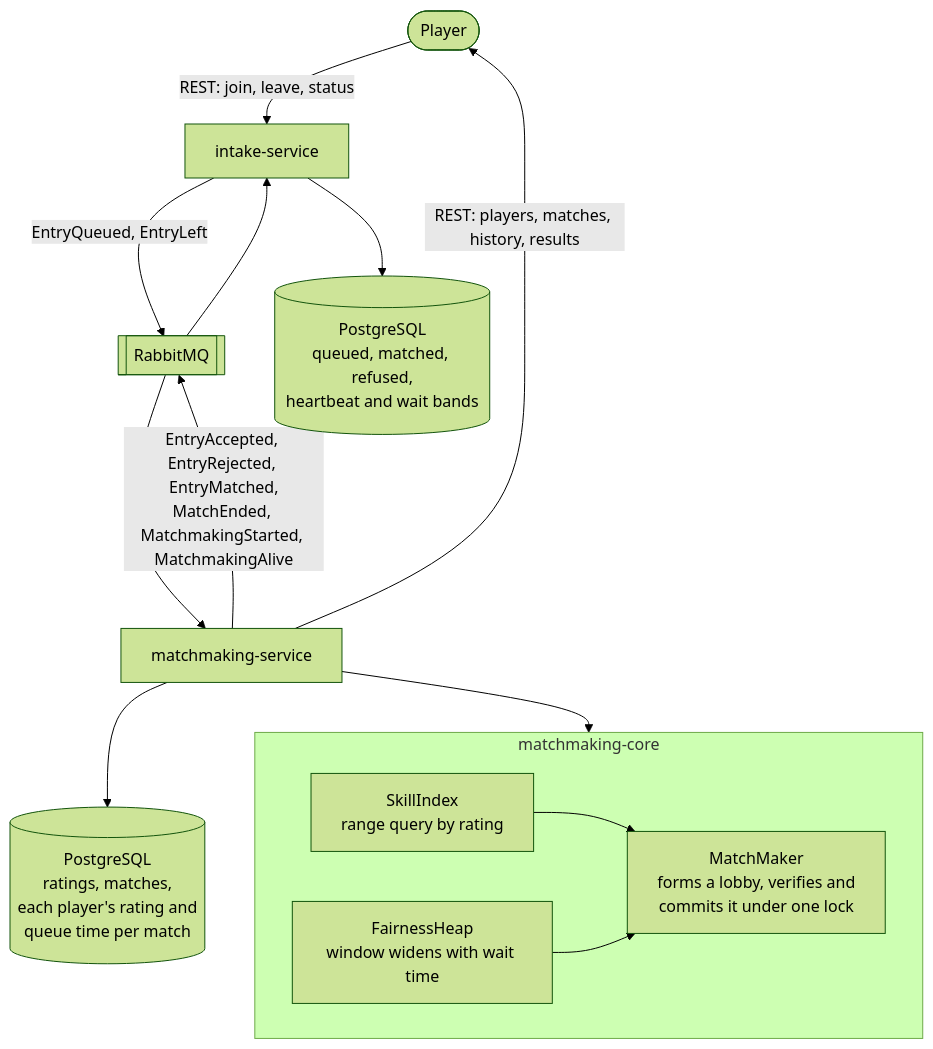
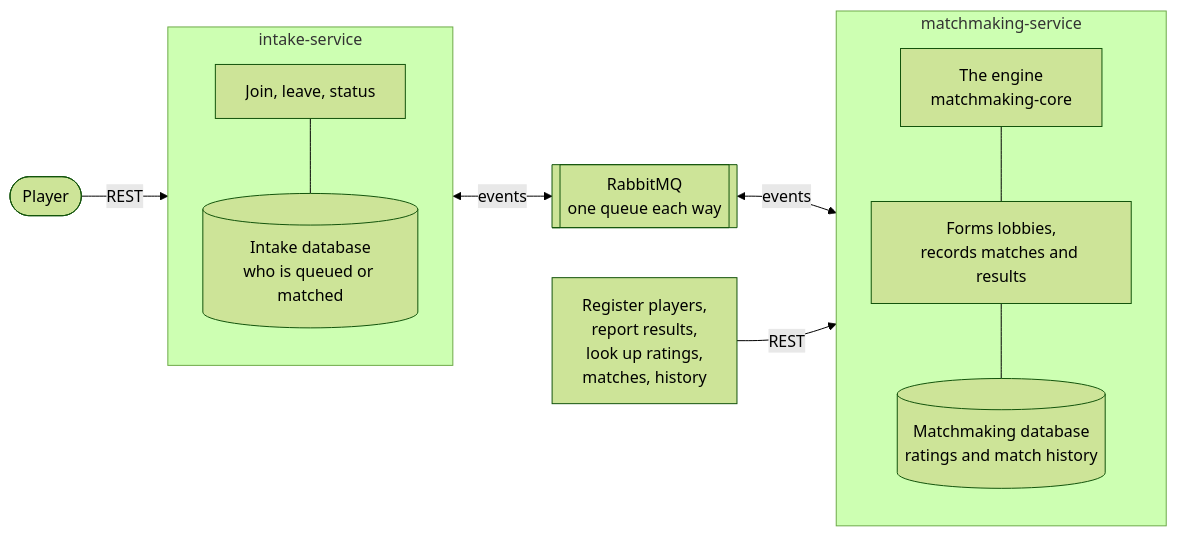
One commit to Amrovv/match3d changed the diagram in README.md. Above: the diagram before and after it, drawn with Mermaid (forest theme). The commit also changed other lines of this file and 2 other files, not shown here.

````diff
--- a/README.md
+++ b/README.md
@@ -88,24 +89,28 @@
 ```mermaid
-flowchart TD
+flowchart LR
     player(["Player"])
 
-    player -->|"REST: join, leave, status"| intake["intake-service"]
-    intake -->|"EntryQueued, EntryLeft"| queue[["RabbitMQ"]]
-    queue --> service["matchmaking-service"]
-    service -->|"EntryAccepted, EntryRejected, EntryMatched,<br/>MatchEnded, MatchmakingStarted, MatchmakingAlive"| queue
-    queue --> intake
-    intake --> intakedb[("PostgreSQL<br/>queued, matched, refused,<br/>heartbeat and wait bands")]
-
-    subgraph core["matchmaking-core"]
-        direction LR
-        index["SkillIndex<br/>range query by rating"]
-        heap["FairnessHeap<br/>window widens with wait time"]
-        matcher["MatchMaker<br/>forms a lobby, verifies and<br/>commits it under one lock"]
-        index --> matcher
-        heap --> matcher
+    subgraph intake["intake-service"]
+        direction TB
+        intakeapi["Join, leave, status"]
+        intakedb[("Intake database<br/>who is queued or matched")]
+        intakeapi --- intakedb
     end
 
-    service --> core
-    service --> db[("PostgreSQL<br/>ratings, matches,<br/>each player's rating and<br/>queue time per match")]
-    service -->|"REST: players, matches, history, results"| player
+    rabbit[["RabbitMQ<br/>one queue each way"]]
+
+    subgraph matchmaking["matchmaking-service"]
+        direction TB
+        engine["The engine<br/>matchmaking#8209;core"]
+        runner["Forms lobbies,<br/>records matches and results"]
+        mmdb[("Matchmaking database<br/>ratings and match history")]
+        engine --- runner --- mmdb
+    end
+
+    clients["Register players,<br/>report results,<br/>look up ratings,<br/>matches, history"]
+
+    player -->|REST| intake
+    intake <-->|events| rabbit
+    rabbit <-->|events| matchmaking
+    clients -->|REST| matchmaking
 ```
````
